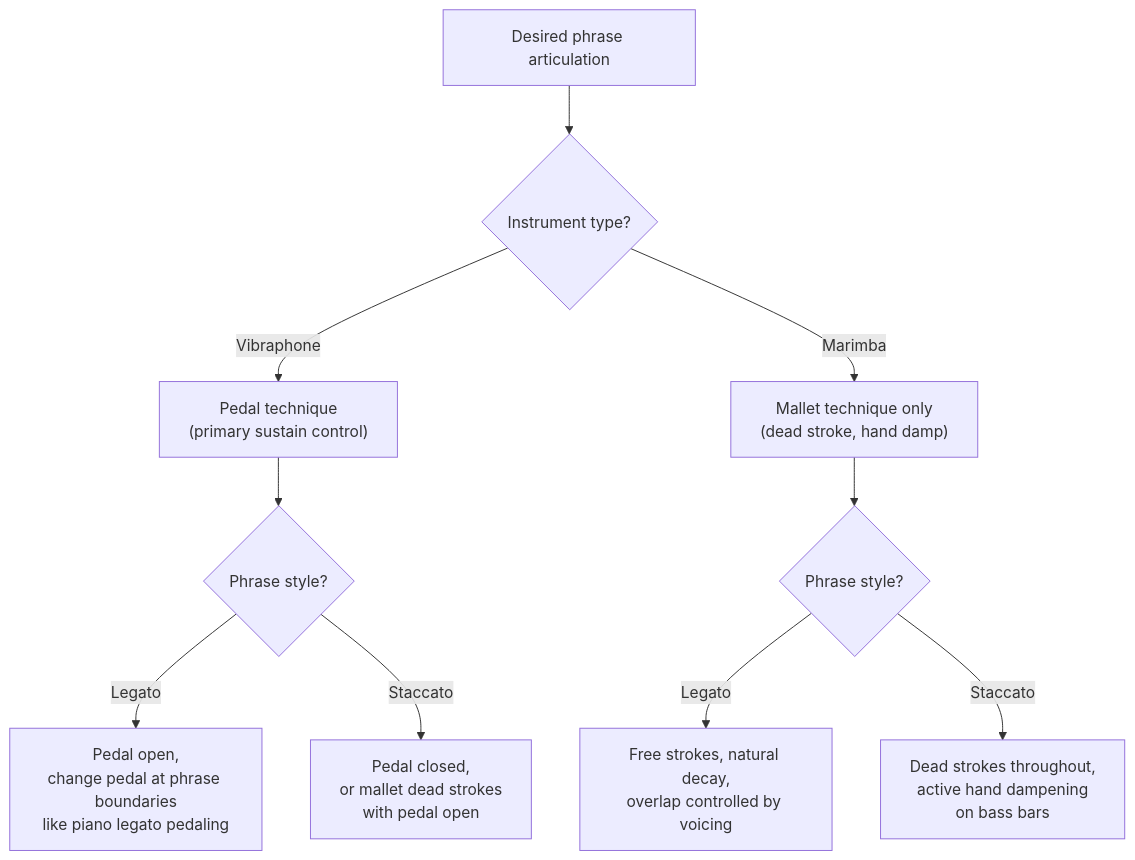
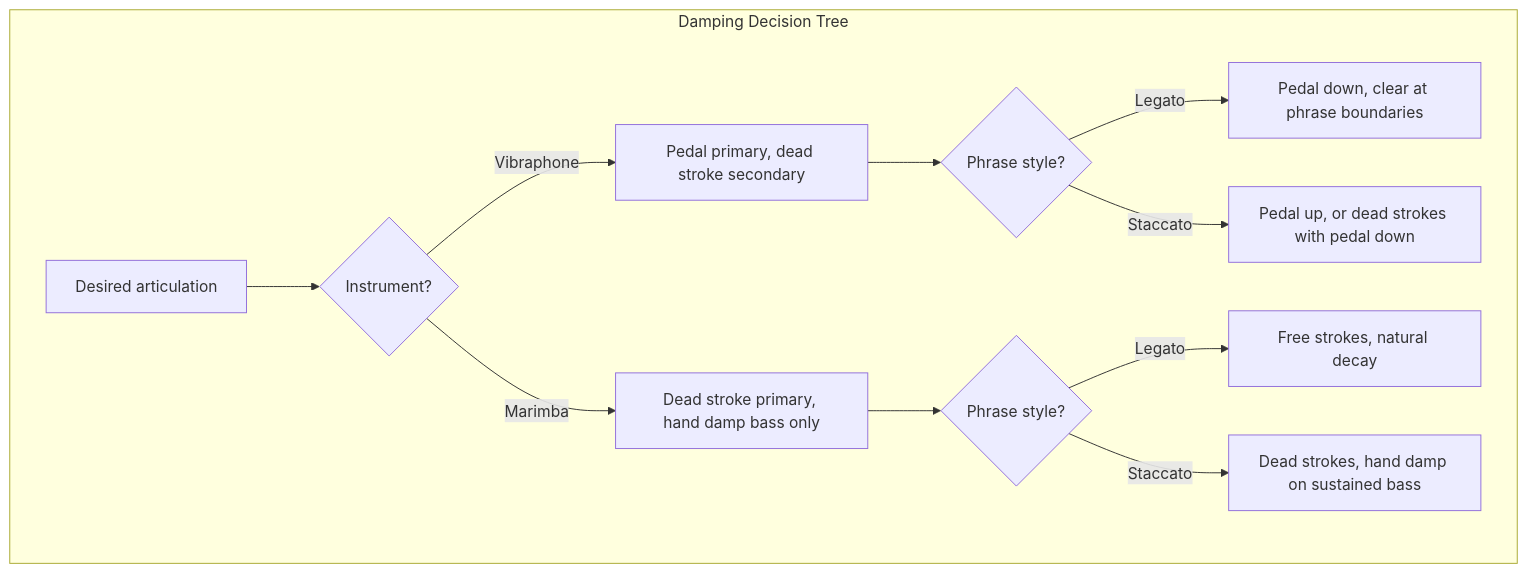
Before and after one commit to blebleblee/synapse: the fifth of 7 diagrams in topics/arts/music_performance/percussion/lesson_01_mallet_techniques.md, drawn with Mermaid. The commit also changed other lines of this file and 4 other files, not shown here.

````diff
--- a/topics/arts/music_performance/percussion/lesson_01_mallet_techniques.md
+++ b/topics/arts/music_performance/percussion/lesson_01_mallet_techniques.md
@@ -232,13 +251,14 @@
 ```mermaid
 flowchart TD
-    A["Desired phrase articulation"]
-    A --> B{"Instrument type?"}
-    B -->|Vibraphone| C["Pedal technique\n(primary sustain control)"]
-    B -->|Marimba| D["Mallet technique only\n(dead stroke, hand damp)"]
-    C --> E{"Phrase style?"}
-    D --> F{"Phrase style?"}
-    E -->|Legato| G["Pedal open,\nchange pedal at phrase boundaries\nlike piano legato pedaling"]
-    E -->|Staccato| H["Pedal closed,\nor mallet dead strokes\nwith pedal open"]
-    F -->|Legato| I["Free strokes, natural decay,\noverlap controlled by voicing"]
-    F -->|Staccato| J["Dead strokes throughout,\nactive hand dampening\non bass bars"]
+    subgraph sub_damp_routing ["Damping Decision Tree"]
+        A["Desired articulation"] --> B{"Instrument?"}
+        B -->|Vibraphone| C["Pedal primary, dead stroke secondary"]
+        B -->|Marimba| D["Dead stroke primary, hand damp bass only"]
+        C --> E{"Phrase style?"}
+        D --> F{"Phrase style?"}
+        E -->|Legato| G["Pedal down, clear at phrase boundaries"]
+        E -->|Staccato| H["Pedal up, or dead strokes with pedal down"]
+        F -->|Legato| I["Free strokes, natural decay"]
+        F -->|Staccato| J["Dead strokes, hand damp on sustained bass"]
+    end
 ```
````
